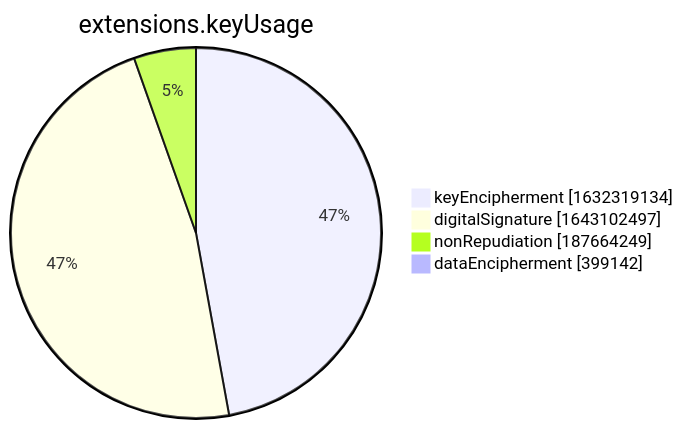
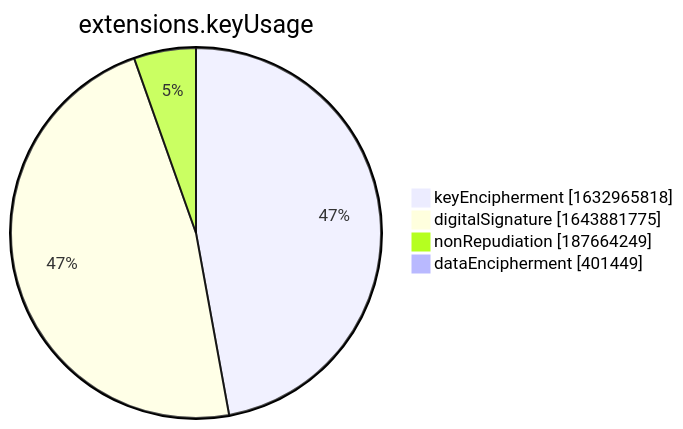
The seventh of 15 diagrams in xenon2022/README.md (christiankrug/ctmonitor_visualization), drawn with Mermaid before and after one commit. The commit also changed other lines of this file, not shown here.

````diff
--- a/xenon2022/README.md
+++ b/xenon2022/README.md
@@ -2855,8 +2855,8 @@
 ```mermaid
 pie showData
 title extensions.keyUsage
-"keyEncipherment" :1632319134
-"digitalSignature" :1643102497
+"keyEncipherment" :1632965818
+"digitalSignature" :1643881775
 "nonRepudiation" :187664249
-"dataEncipherment" :399142
+"dataEncipherment" :401449
 ```
````
